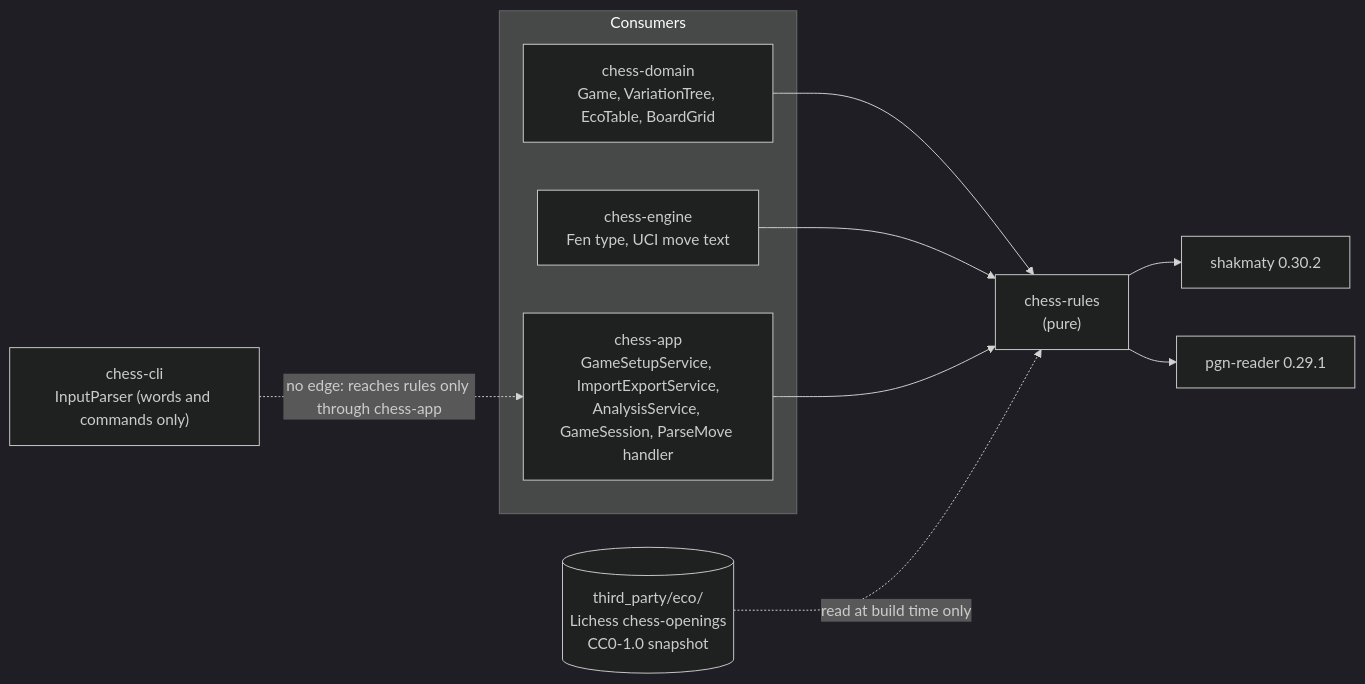
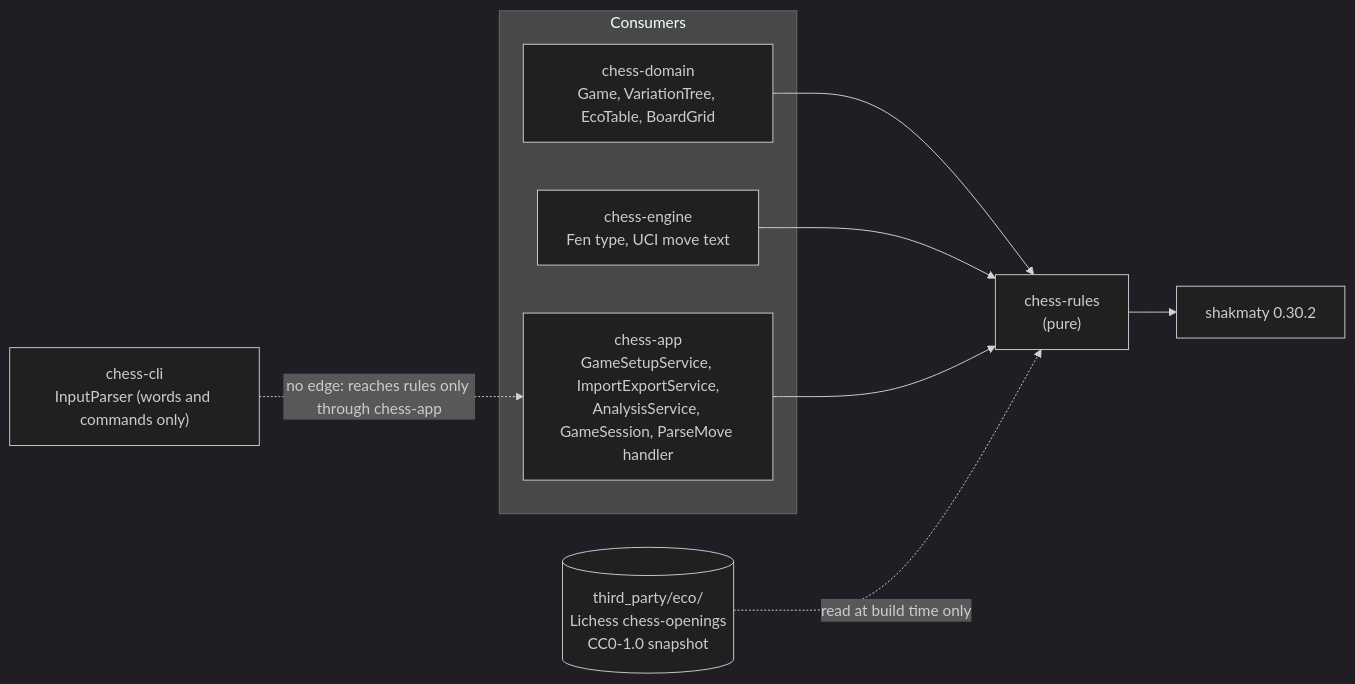
Before and after one commit to bprascher/chess: the first of 7 diagrams in docs/design/SDD-chess-rules.md, drawn with Mermaid (dark theme). The commit also changed other lines of this file and 42 other files, not shown here.

````diff
--- a/docs/design/SDD-chess-rules.md
+++ b/docs/design/SDD-chess-rules.md
@@ -125,21 +128,19 @@
 ```mermaid
 flowchart LR
     subgraph consumers["Consumers"]
         domain["chess-domain<br/>Game, VariationTree, EcoTable, BoardGrid"]
         engine["chess-engine<br/>Fen type, UCI move text"]
         app["chess-app<br/>GameSetupService, ImportExportService,<br/>AnalysisService, GameSession, ParseMove handler"]
     end
     cli["chess-cli<br/>InputParser (words and commands only)"]
     rules["chess-rules<br/>(pure)"]
     shak["shakmaty 0.30.2"]
-    pgnr["pgn-reader 0.29.1"]
     eco[("third_party/eco/<br/>Lichess chess-openings<br/>CC0-1.0 snapshot")]
 
     domain --> rules
     engine --> rules
     app --> rules
     cli -. "no edge: reaches rules only through chess-app" .-> app
     rules --> shak
-    rules --> pgnr
     eco -. "read at build time only" .-> rules
 ```
````
